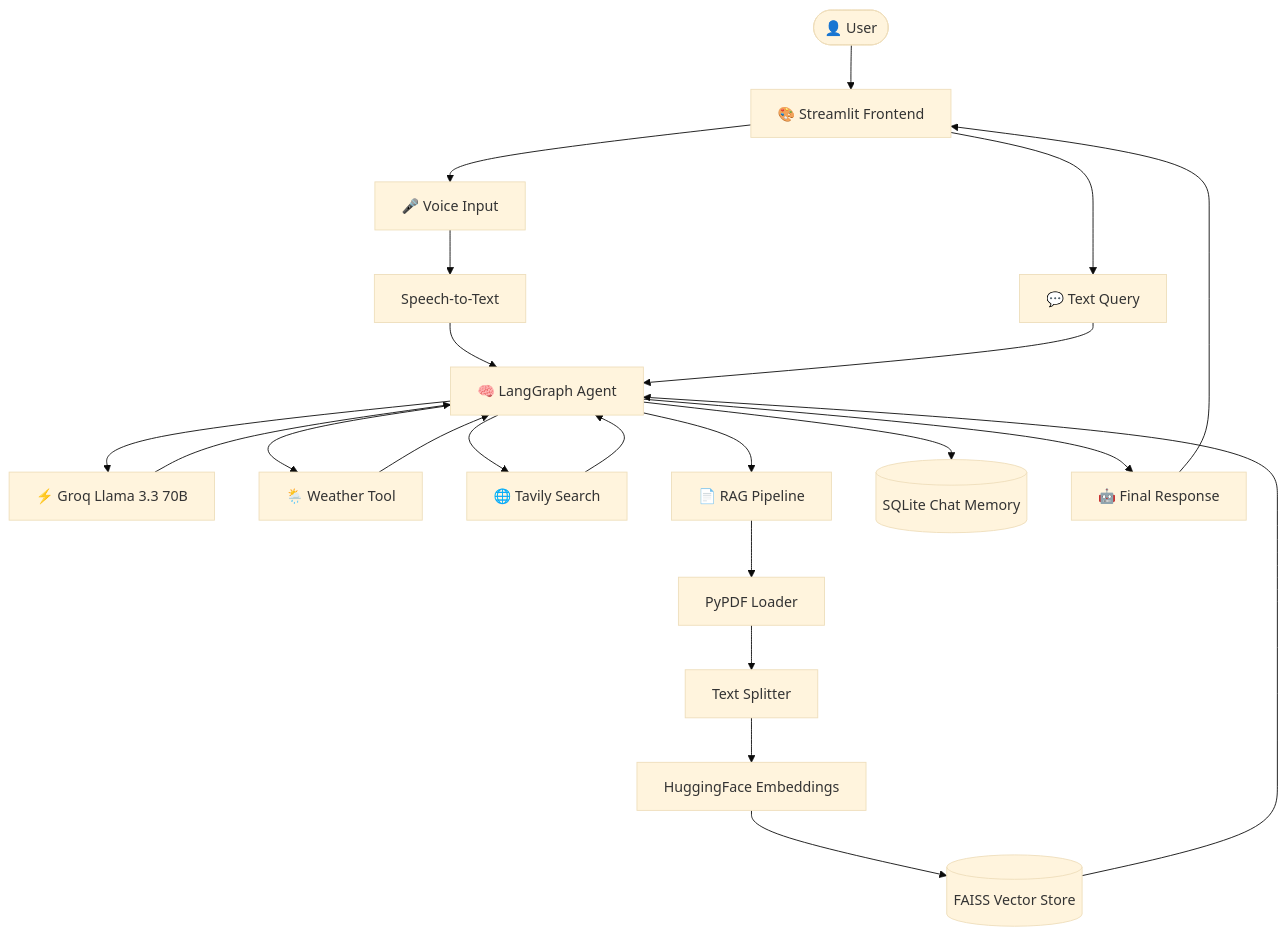
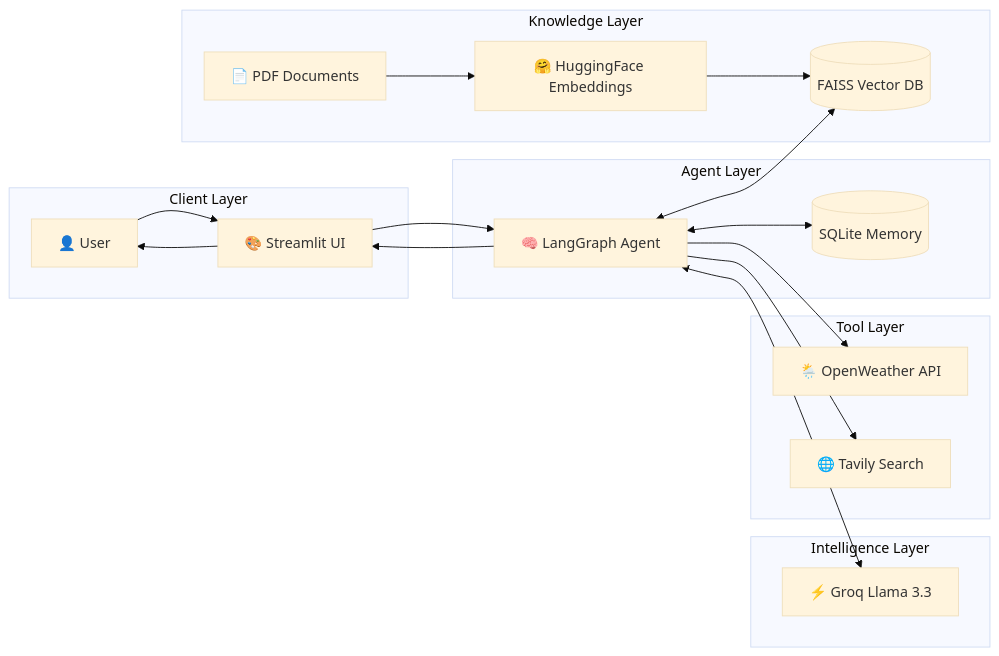
The diagram in README.md (codesnippet12/Voice-Powered-Agentic-Assistant-with-RAG-Tool-Calling), drawn with Mermaid (base theme) before and after one commit. The commit also changed other lines of this file, not shown here.

````diff
--- a/README.md
+++ b/README.md
@@ -130,40 +130,46 @@
 ```mermaid
-flowchart TD
+flowchart LR
 
-    User([👤 User])
+    subgraph Client Layer
+        U[👤 User]
+        S[🎨 Streamlit UI]
+    end
 
-    User --> UI[🎨 Streamlit Frontend]
+    subgraph Agent Layer
+        A[🧠 LangGraph Agent]
+        M[(SQLite Memory)]
+    end
 
-    UI --> Voice[🎤 Voice Input]
-    UI --> Chat[💬 Text Query]
+    subgraph Intelligence Layer
+        G[⚡ Groq Llama 3.3]
+    end
 
-    Voice --> STT[Speech-to-Text]
-    STT --> Agent
+    subgraph Tool Layer
+        W[🌦️ OpenWeather API]
+        T[🌐 Tavily Search]
+    end
 
-    Chat --> Agent
+    subgraph Knowledge Layer
+        P[📄 PDF Documents]
+        H[🤗 HuggingFace Embeddings]
+        F[(FAISS Vector DB)]
+    end
 
-    Agent[🧠 LangGraph Agent]
+    U --> S
+    S --> A
 
-    Agent --> LLM[⚡ Groq Llama 3.3 70B]
+    A <--> G
 
-    Agent --> Weather[🌦️ Weather Tool]
-    Agent --> Search[🌐 Tavily Search]
-    Agent --> RAG[📄 RAG Pipeline]
+    A --> W
+    A --> T
 
-    RAG --> Loader[PyPDF Loader]
-    Loader --> Splitter[Text Splitter]
-    Splitter --> Embeddings[HuggingFace Embeddings]
-    Embeddings --> FAISS[(FAISS Vector Store)]
+    P --> H
+    H --> F
 
-    FAISS --> Agent
+    A <--> F
 
-    Weather --> Agent
-    Search --> Agent
-    LLM --> Agent
+    A <--> M
 
-    Agent --> Memory[(SQLite Chat Memory)]
-
-    Agent --> Response[🤖 Final Response]
-
-    Response --> UI
+    A --> S
+    S --> U
 ```
````
